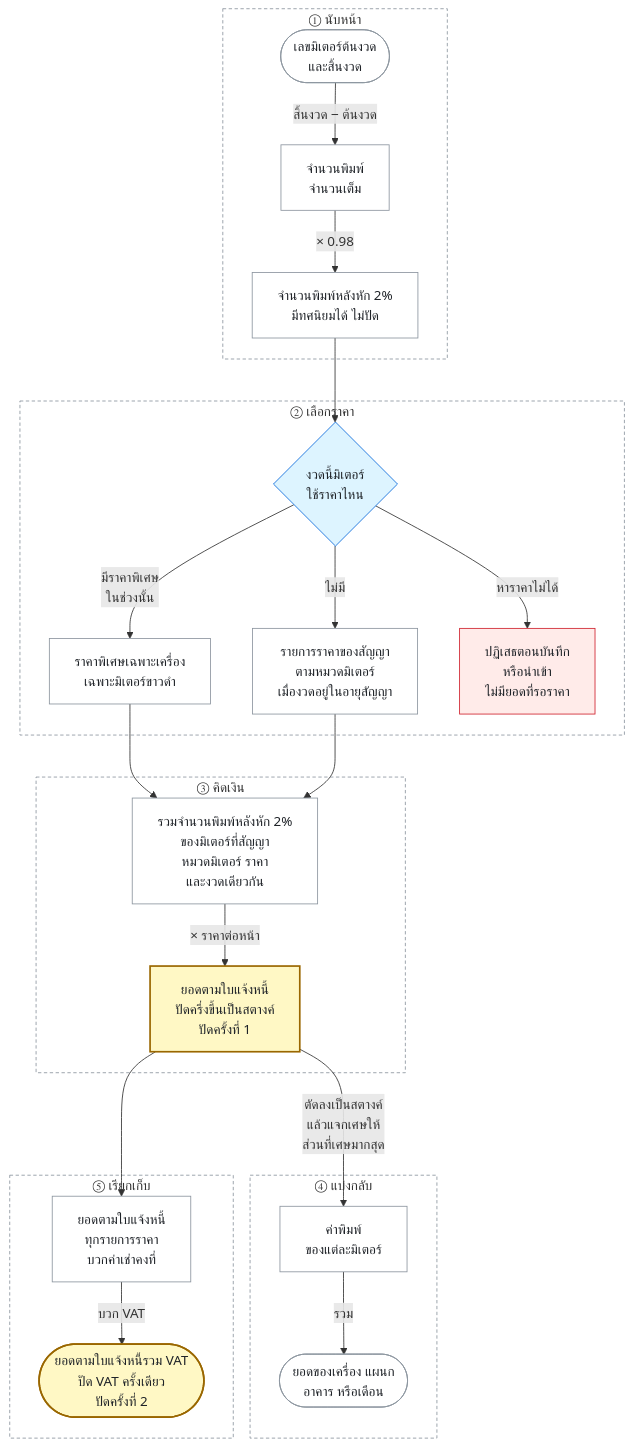
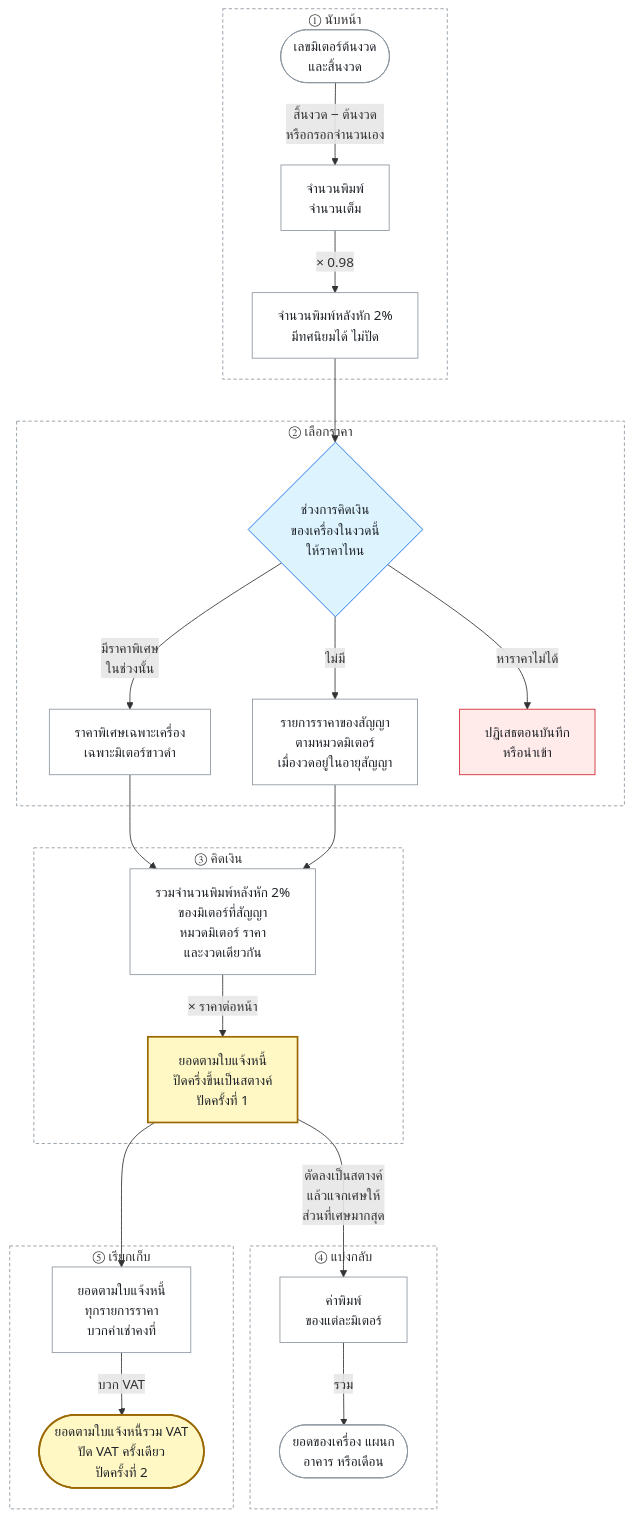
Before and after one commit to WayuOHm99/suth-helpdesk-assets-portfolio: the diagram in docs/explanation/domain.md, drawn with Mermaid. The commit also changed other lines of this file, not shown here.

Commit message:
docs(domain): แก้รูปสายเงินตามผลตรวจกฎโดเมน (#299)
ระบุว่าราคามาจากช่วงการคิดเงินที่ครอบงวด รองรับยอดที่กรอกเอง
ยอดไม่มีราคาเหลือได้เฉพาะข้อมูลเก่า และค่าเช่าคงที่เริ่มงวดถัดไป
เมื่อสัญญาเริ่มกลางเดือน

````diff
--- a/docs/explanation/domain.md
+++ b/docs/explanation/domain.md
@@ -44,55 +44,55 @@
 ```mermaid
 flowchart TD
   subgraph count["① นับหน้า"]
     reading(["เลขมิเตอร์ต้นงวด<br/>และสิ้นงวด"])
     pages["จำนวนพิมพ์<br/>จำนวนเต็ม"]
     net["จำนวนพิมพ์หลังหัก 2%<br/>มีทศนิยมได้ ไม่ปัด"]
-    reading -->|"สิ้นงวด − ต้นงวด"| pages
+    reading -->|"สิ้นงวด − ต้นงวด<br/>หรือกรอกจำนวนเอง"| pages
     pages -->|"× 0.98"| net
   end
 
   subgraph pick["② เลือกราคา"]
-    price{"งวดนี้มิเตอร์<br/>ใช้ราคาไหน"}
+    price{"ช่วงการคิดเงิน<br/>ของเครื่องในงวดนี้<br/>ให้ราคาไหน"}
     special["ราคาพิเศษเฉพาะเครื่อง<br/>เฉพาะมิเตอร์ขาวดำ"]
     line["รายการราคาของสัญญา<br/>ตามหมวดมิเตอร์<br/>เมื่องวดอยู่ในอายุสัญญา"]
-    reject["ปฏิเสธตอนบันทึก<br/>หรือนำเข้า<br/>ไม่มียอดที่รอราคา"]
+    reject["ปฏิเสธตอนบันทึก<br/>หรือนำเข้า"]
     price -->|"มีราคาพิเศษ<br/>ในช่วงนั้น"| special
     price -->|"ไม่มี"| line
     price -->|"หาราคาไม่ได้"| reject
   end
 
   subgraph bill["③ คิดเงิน"]
     group["รวมจำนวนพิมพ์หลังหัก 2%<br/>ของมิเตอร์ที่สัญญา<br/>หมวดมิเตอร์ ราคา<br/>และงวดเดียวกัน"]
     invoice["ยอดตามใบแจ้งหนี้<br/>ปัดครึ่งขึ้นเป็นสตางค์<br/>ปัดครั้งที่ 1"]
     group -->|"× ราคาต่อหน้า"| invoice
   end
 
   subgraph split["④ แบ่งกลับ"]
     cost["ค่าพิมพ์<br/>ของแต่ละมิเตอร์"]
     breakdown(["ยอดของเครื่อง แผนก<br/>อาคาร หรือเดือน"])
     cost -->|"รวม"| breakdown
   end
 
   subgraph charge["⑤ เรียกเก็บ"]
     contract["ยอดตามใบแจ้งหนี้<br/>ทุกรายการราคา<br/>บวกค่าเช่าคงที่"]
     total(["ยอดตามใบแจ้งหนี้รวม VAT<br/>ปัด VAT ครั้งเดียว<br/>ปัดครั้งที่ 2"])
     contract -->|"บวก VAT"| total
   end
 
   net --> price
   special --> group
   line --> group
   invoice -->|"ตัดลงเป็นสตางค์<br/>แล้วแจกเศษให้<br/>ส่วนที่เศษมากสุด"| cost
   invoice --> contract
 
   classDef value fill:#ffffff,stroke:#8c959f,color:#1f2328
   classDef choice fill:#ddf4ff,stroke:#0969da,color:#1f2328
   classDef rounding fill:#fff8c5,stroke:#9a6700,stroke-width:2px,color:#1f2328
   classDef stop fill:#ffebe9,stroke:#cf222e,color:#1f2328
   class reading,pages,net,special,line,group,cost,breakdown,contract value
   class price choice
   class invoice,total rounding
   class reject stop
   classDef stage fill:none,stroke:#8c959f,stroke-dasharray:4 3
   class count,pick,bill,split,charge stage
 ```
````
